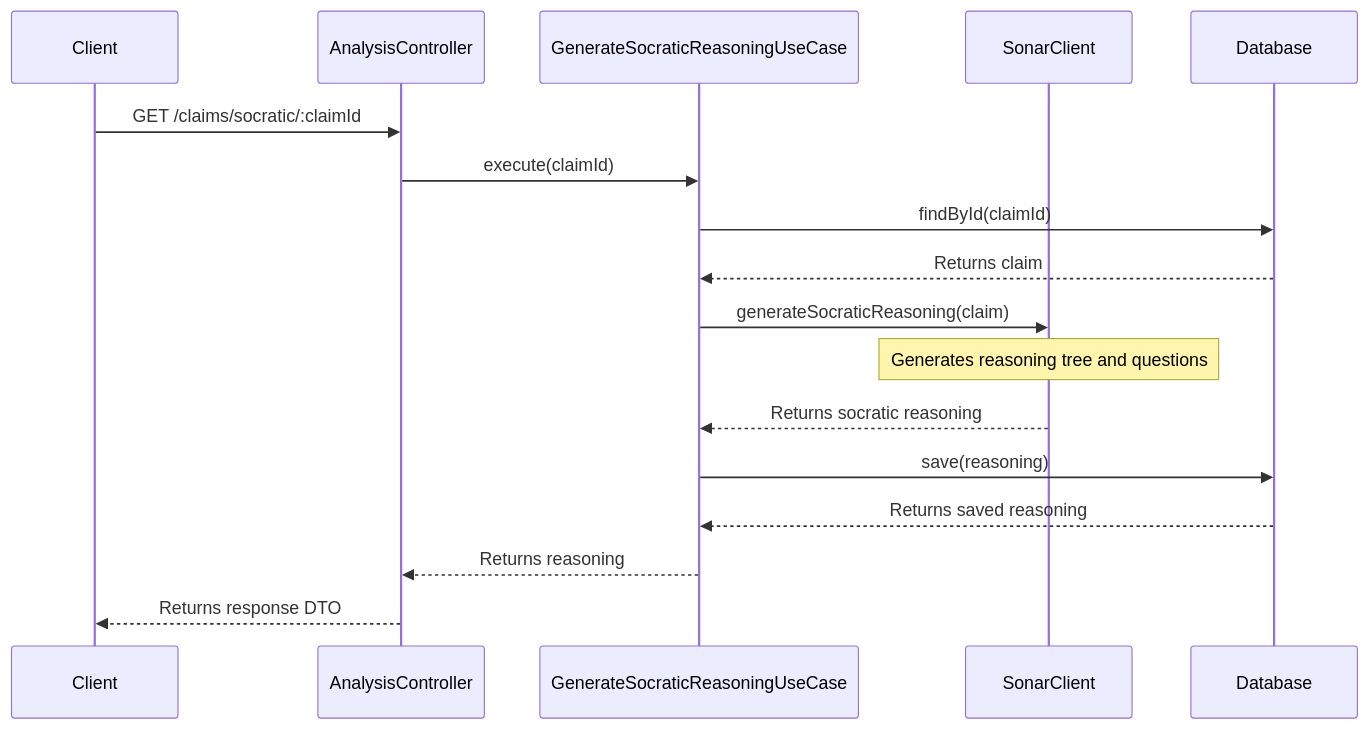
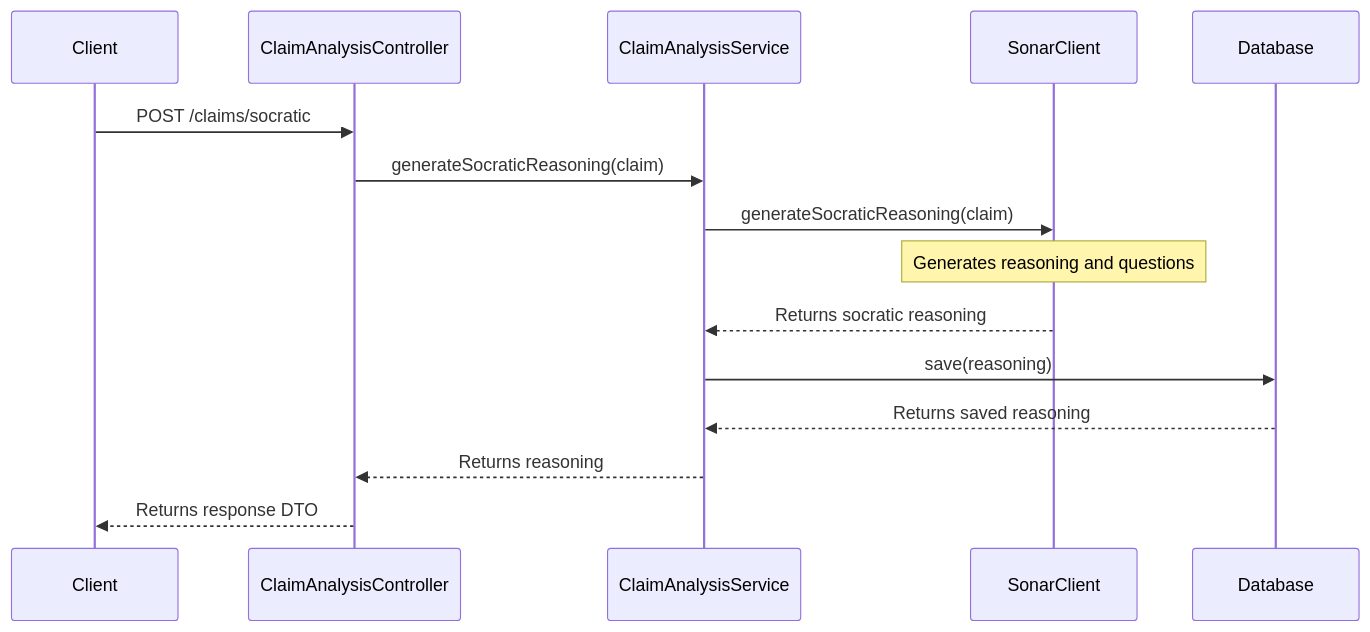
The fourth of 4 diagrams in docs/sequence-diagram.md (anthony-okoye/truth-tracer-backend), drawn with Mermaid before and after one commit. The commit also changed other lines of this file and 6 other files, not shown here.

Commit message:
removed redundant files and folders, refactored codebase to be concise and maintain clean architecture

````diff
--- a/docs/sequence-diagram.md
+++ b/docs/sequence-diagram.md
@@ -65,24 +73,21 @@
 ```mermaid
 sequenceDiagram
     participant Client
-    participant Controller as AnalysisController
-    participant UseCase as GenerateSocraticReasoningUseCase
+    participant Controller as ClaimAnalysisController
+    participant Service as ClaimAnalysisService
     participant Sonar as SonarClient
     participant DB as Database
 
-    Client->>Controller: GET /claims/socratic/:claimId
-    Controller->>UseCase: execute(claimId)
+    Client->>Controller: POST /claims/socratic
+    Controller->>Service: generateSocraticReasoning(claim)
     
-    UseCase->>DB: findById(claimId)
-    DB-->>UseCase: Returns claim
+    Service->>Sonar: generateSocraticReasoning(claim)
+    Note over Sonar: Generates reasoning and questions
+    Sonar-->>Service: Returns socratic reasoning
     
-    UseCase->>Sonar: generateSocraticReasoning(claim)
-    Note over Sonar: Generates reasoning tree and questions
-    Sonar-->>UseCase: Returns socratic reasoning
+    Service->>DB: save(reasoning)
+    DB-->>Service: Returns saved reasoning
     
-    UseCase->>DB: save(reasoning)
-    DB-->>UseCase: Returns saved reasoning
-    
-    UseCase-->>Controller: Returns reasoning
+    Service-->>Controller: Returns reasoning
     Controller-->>Client: Returns response DTO
 ``` 
````
